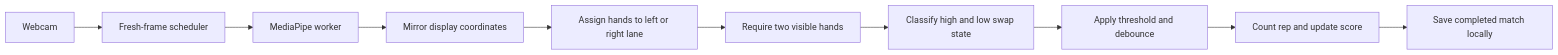
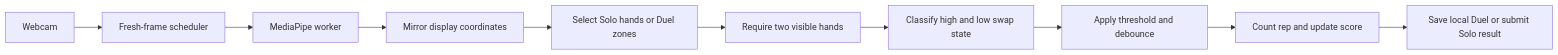
Before and after one commit to itsMarchus/67-Duels: the diagram in README.md, drawn with Mermaid. The commit also changed other lines of this file and 29 other files, not shown here.

````diff
--- a/README.md
+++ b/README.md
@@ -67,12 +68,12 @@
 ```mermaid
 flowchart LR
     A[Webcam] --> B[Fresh-frame scheduler]
     B --> C[MediaPipe worker]
     C --> D[Mirror display coordinates]
-    D --> E[Assign hands to left or right lane]
+    D --> E[Select Solo hands or Duel zones]
     E --> F[Require two visible hands]
     F --> G[Classify high and low swap state]
     G --> H[Apply threshold and debounce]
     H --> I[Count rep and update score]
-    I --> J[Save completed match locally]
+    I --> J[Save local Duel or submit Solo result]
 ```
````
